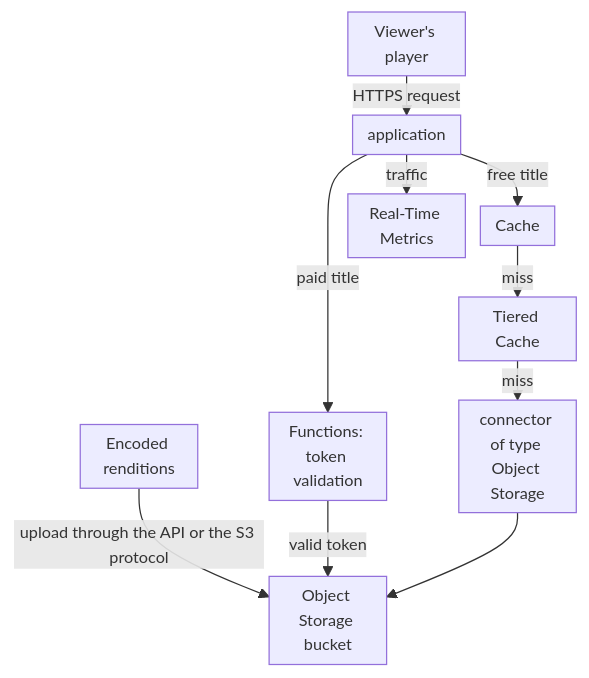
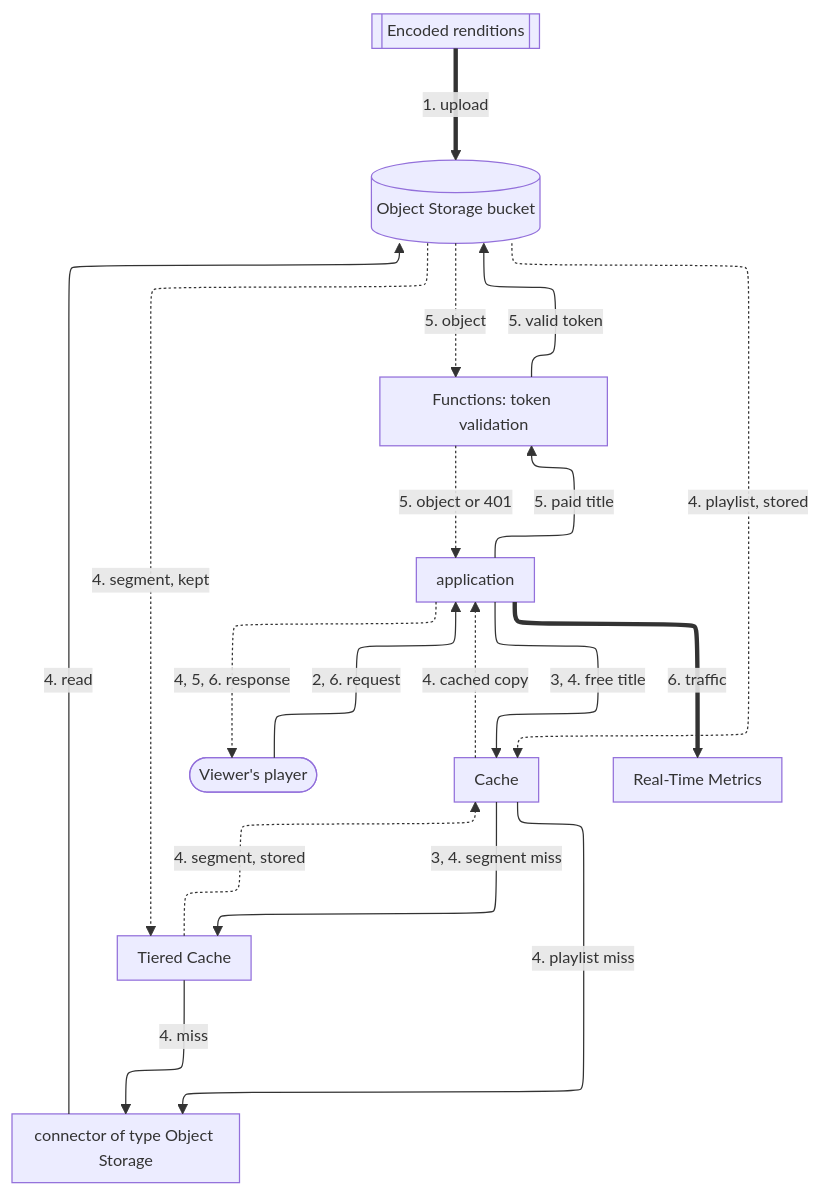
Before and after one commit to aziontech/docs: the first of 2 diagrams in apps/docs/src/content/docs/en/pages/use-cases/deliver-media-and-streaming/deliver-an-on-demand-video-library.mdx, drawn with Mermaid. The commit also changed other lines of this file and 55 other files, not shown here.

Commit message:
docs(use-cases): redraw the use-case diagrams with the way back and check their claims (#2509)

````diff
--- a/apps/docs/src/content/docs/en/pages/use-cases/deliver-media-and-streaming/deliver-an-on-demand-video-library.mdx
+++ b/apps/docs/src/content/docs/en/pages/use-cases/deliver-media-and-streaming/deliver-an-on-demand-video-library.mdx
@@ -43,13 +45,30 @@
 ```mermaid
-%%{init: {"layout": "dagre", "themeVariables": {"fontSize": "13px"}, "flowchart": {"nodeSpacing": 12, "rankSpacing": 12, "padding": 6, "wrappingWidth": 70, "minNodeWidth": 40, "useMaxWidth": true}}}%%
+%%{init: {"layout": "elk", "elk": {"preset": "modelOrder", "keepEntryNodeOnTop": true, "cycleBreakingStrategy": "MODEL_ORDER"}, "themeVariables": {"fontSize": "13px"}, "flowchart": {"nodeSpacing": 24, "rankSpacing": 36, "padding": 8, "wrappingWidth": 150, "useMaxWidth": true}, "sequence": {"width": 120, "actorMargin": 30, "useMaxWidth": true}}}%%
 flowchart TD
-  Team["Encoded renditions"] -->|"upload through the API or the S3 protocol"| Bucket["Object Storage bucket"]
-  Viewer["Viewer's player"] -->|"HTTPS request"| App["application"]
-  App -->|"free title"| Cache["Cache"]
-  App -->|"paid title"| Fn["Functions: token validation"]
-  Fn -->|"valid token"| Bucket
-  Cache -->|"miss"| Tiered["Tiered Cache"]
-  Tiered -->|"miss"| Connector["connector of type Object Storage"]
-  Connector --> Bucket
-  App -->|"traffic"| RTM["Real-Time Metrics"]
+  Viewer(["Viewer's player"])
+  App["application"]
+  Cache["Cache"]
+  Fn["Functions: token validation"]
+  Tiered["Tiered Cache"]
+  Conn["connector of type Object Storage"]
+  Bucket[("Object Storage bucket")]
+  Team[["Encoded renditions"]]
+  RTM["Real-Time Metrics"]
+  Viewer -->|"2, 6. request"| App
+  App -->|"3, 4. free title"| Cache
+  App -->|"5. paid title"| Fn
+  Cache -->|"3, 4. segment miss"| Tiered
+  Cache -->|"4. playlist miss"| Conn
+  Tiered -->|"4. miss"| Conn
+  Conn -->|"4. read"| Bucket
+  Fn -->|"5. valid token"| Bucket
+  Bucket -.->|"4. segment, kept"| Tiered
+  Tiered -.->|"4. segment, stored"| Cache
+  Bucket -.->|"4. playlist, stored"| Cache
+  Cache -.->|"4. cached copy"| App
+  Bucket -.->|"5. object"| Fn
+  Fn -.->|"5. object or 401"| App
+  App -.->|"4, 5, 6. response"| Viewer
+  Team ==>|"1. upload"| Bucket
+  App ==>|"6. traffic"| RTM
 ```
````
